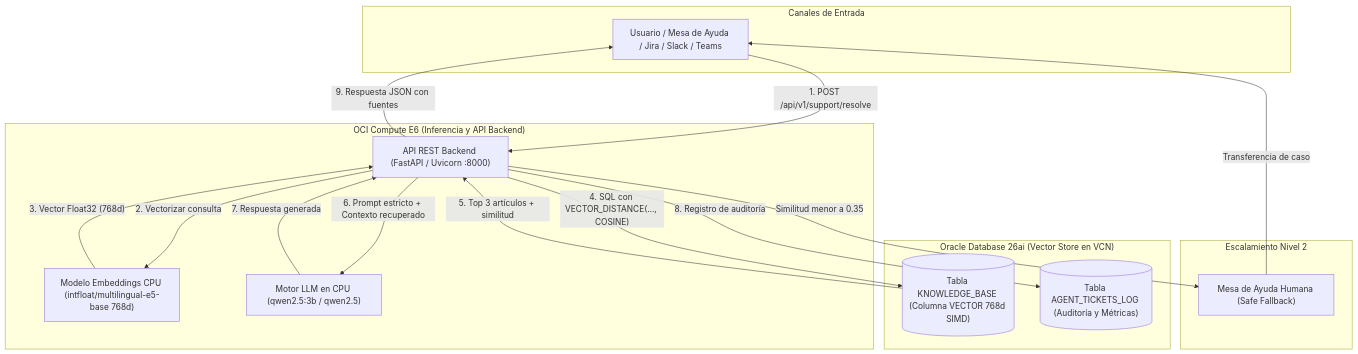
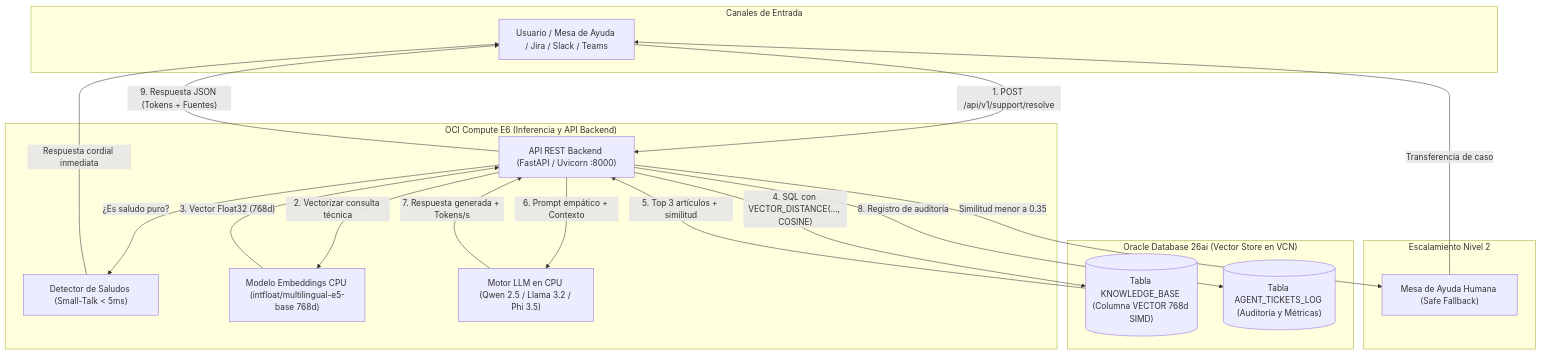
One commit to tipsforcloud/Oracle-VectorDesk changed the diagram in README.md. Above: the diagram before and after it, drawn with Mermaid. The commit also changed other lines of this file and 1 other file, not shown here.

Commit message:
docs: sync README and deployment guide with multi-model selector, chitchat, and rollback

````diff
--- a/README.md
+++ b/README.md
@@ -31,35 +33,38 @@
 ```mermaid
 flowchart TD
     subgraph Canales ["Canales de Entrada"]
         User["Usuario / Mesa de Ayuda / Jira / Slack / Teams"]
     end
 
     subgraph VM_Compute ["OCI Compute E6 (Inferencia y API Backend)"]
         API["API REST Backend (FastAPI / Uvicorn :8000)"]
+        Greeting["Detector de Saludos (Small-Talk < 5ms)"]
         EmbedModel["Modelo Embeddings CPU (intfloat/multilingual-e5-base 768d)"]
-        Ollama["Motor LLM en CPU (qwen2.5:3b / qwen2.5)"]
+        Ollama["Motor LLM en CPU (Qwen 2.5 / Llama 3.2 / Phi 3.5)"]
     end
 
     subgraph Oracle_DB ["Oracle Database 26ai (Vector Store en VCN)"]
         KB_Table[("Tabla KNOWLEDGE_BASE (Columna VECTOR 768d SIMD)")]
         Audit_Table[("Tabla AGENT_TICKETS_LOG (Auditoría y Métricas)")]
     end
 
     subgraph Soporte_Humano ["Escalamiento Nivel 2"]
         Escalar["Mesa de Ayuda Humana (Safe Fallback)"]
     end
 
     User -->|"1. POST /api/v1/support/resolve"| API
-    API -->|"2. Vectorizar consulta"| EmbedModel
+    API -->|"¿Es saludo puro?"| Greeting
+    Greeting -->|"Respuesta cordial inmediata"| User
+    API -->|"2. Vectorizar consulta técnica"| EmbedModel
     EmbedModel -->|"3. Vector Float32 (768d)"| API
     API -->|"4. SQL con VECTOR_DISTANCE(..., COSINE)"| KB_Table
     KB_Table -->|"5. Top 3 artículos + similitud"| API
     
     API -->|"Similitud menor a 0.35"| Escalar
     Escalar -->|"Transferencia de caso"| User
     
-    API -->|"6. Prompt estricto + Contexto recuperado"| Ollama
-    Ollama -->|"7. Respuesta generada"| API
+    API -->|"6. Prompt empático + Contexto"| Ollama
+    Ollama -->|"7. Respuesta generada + Tokens/s"| API
     API -->|"8. Registro de auditoría"| Audit_Table
-    API -->|"9. Respuesta JSON con fuentes"| User
+    API -->|"9. Respuesta JSON (Tokens + Fuentes)"| User
 ```
````
